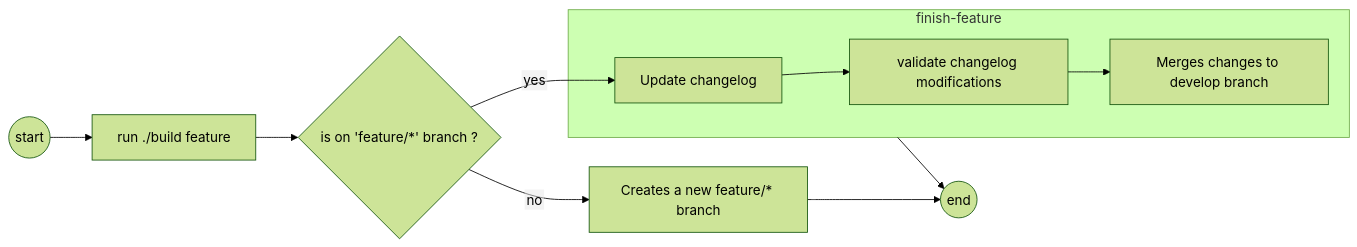
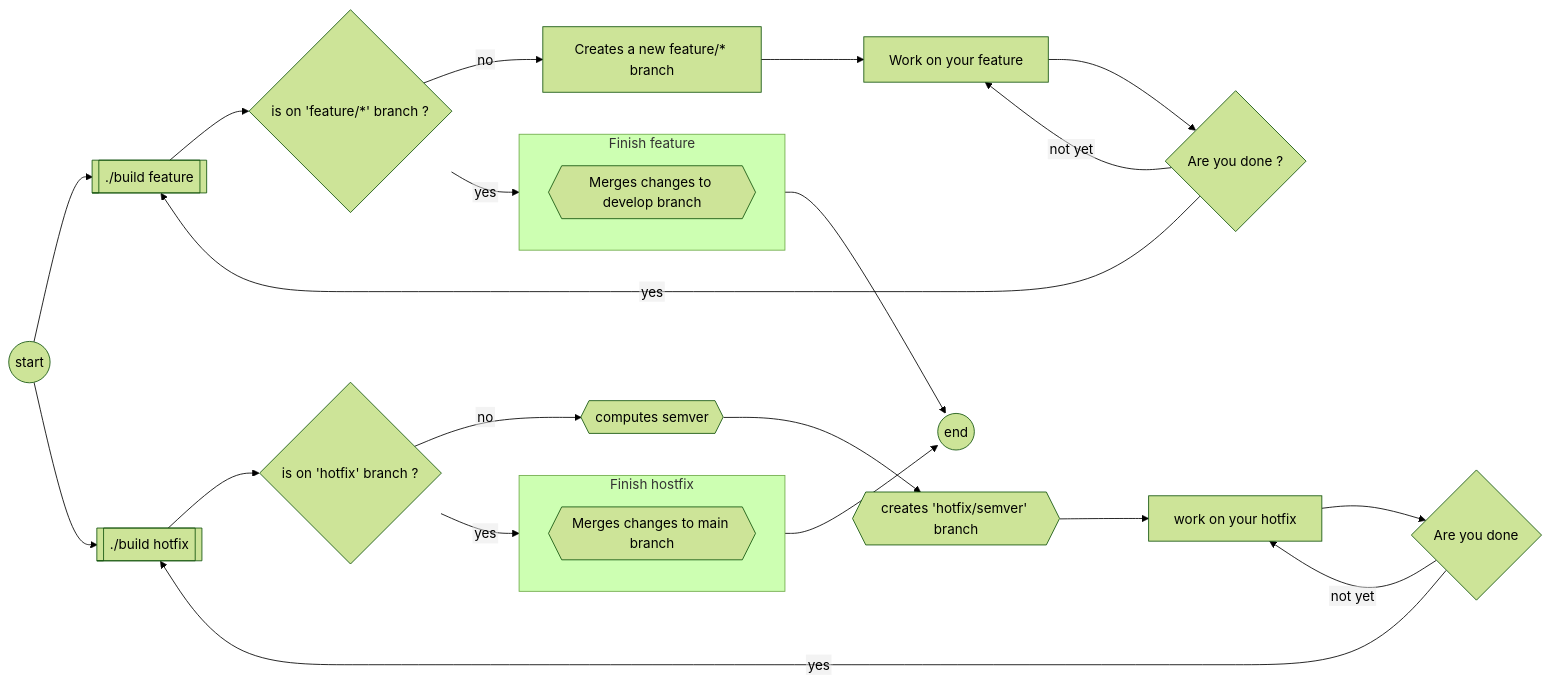
Before and after one commit to candoumbe/Pipelines: the first of 2 diagrams in README.md, drawn with Mermaid (forest theme). The commit also changed other lines of this file, not shown here.

````diff
--- a/README.md
+++ b/README.md
@@ -99,14 +106,32 @@
 ```mermaid
 %%{init: {"flowchart": {"htmlLabels": false}} }%%
 flowchart LR
-    A((start)) --> B["run ./build feature"]
+    A((start)) --> B[["./build feature"]]
+    A -->O[["./build hotfix"]]
+    O --> P{is on 'hotfix' branch ?}
+    P -- yes --> finish-hotfix
+    P -- no --> Q{{computes semver}}
+    Q --> R{{creates 'hotfix/semver' branch}}
+    R --> S[work on your hotfix]
+    S --> T{Are you done}
+    T -- yes --> O
+    T -- not yet --> S
     B --> C{is on 'feature/*' branch ?}
     C -- no --> D[Creates a new feature/* branch]
-    C -- yes --> F
-    subgraph finish-feature
-      F[Update changelog] --> G[validate changelog modifications]
-      G --> H[Merges changes to develop branch]
+    C -- yes --> finish-feature
+    D --> E[Work on your feature]
+    E --> F{Are you done ?}
+    F --yes --> B
+    F -- not yet --> E
+
+    subgraph finish-feature[Finish feature]
+      N{{Merges changes to develop branch}}
     end
+    
+    subgraph finish-hotfix[Finish hostfix]
+       Y{{Merges changes to main branch}}
+    end
+
+    finish-hotfix --> Z
     finish-feature --> Z((end))
-    D --> Z
 ```
````
